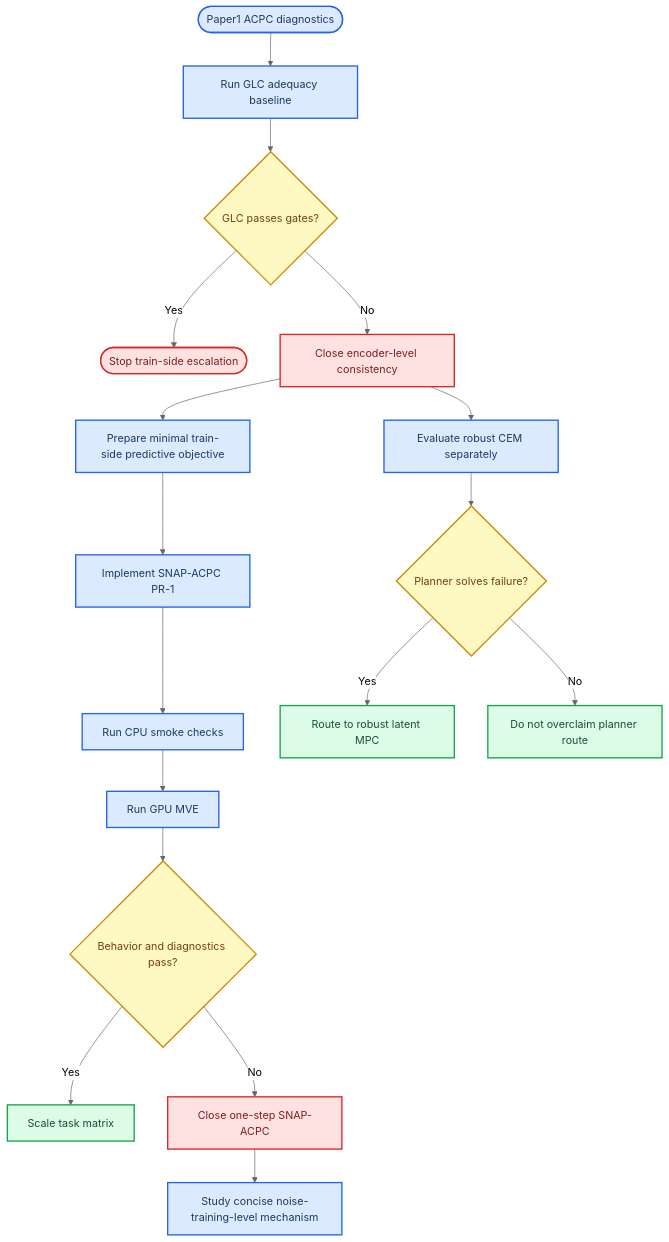
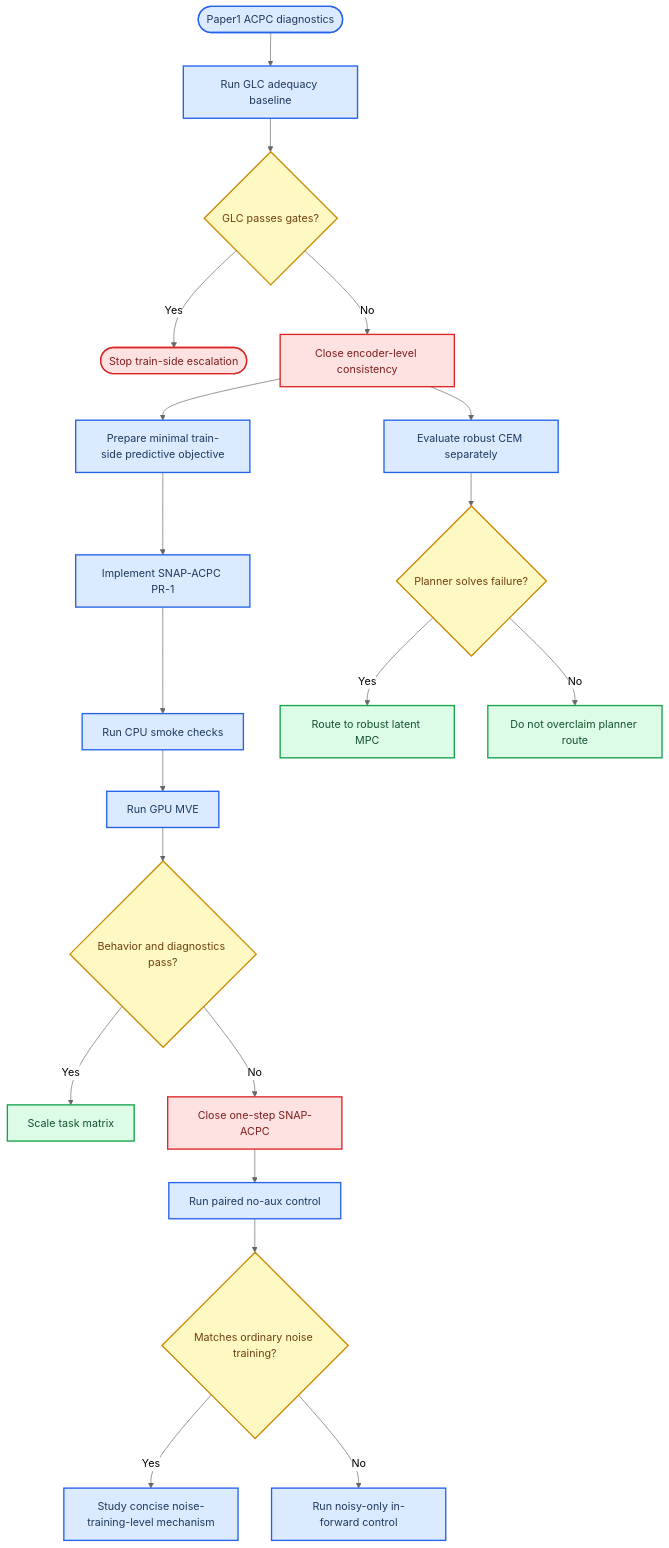
Before and after one commit to Holosemantix/CairnLab: the diagram in paper2/PLAN.md, drawn with Mermaid (neutral theme). The commit also changed other lines of this file and 6 other files, not shown here.

Commit message:
add in-forward noise control

````diff
--- a/paper2/PLAN.md
+++ b/paper2/PLAN.md
@@ -164,35 +206,38 @@
 ```mermaid
 flowchart TB
     accTitle: Paper2 Method Gate
     accDescr: Decision flow from Paper1 diagnostics through GLC closure into train-side and planner-side Paper2 candidates
 
     paper1_diag([Paper1 ACPC diagnostics]) --> glc_baseline[Run GLC adequacy baseline]
     glc_baseline --> glc_gate{GLC passes gates?}
     glc_gate -->|Yes| stop_encoder([Stop train-side escalation])
     glc_gate -->|No| close_glc[Close encoder-level consistency]
 
     close_glc --> train_side[Prepare minimal train-side predictive objective]
     close_glc --> planner_side[Evaluate robust CEM separately]
 
     train_side --> snap_pr1[Implement SNAP-ACPC PR-1]
     snap_pr1 --> cpu_smoke[Run CPU smoke checks]
     cpu_smoke --> gpu_mve[Run GPU MVE]
     gpu_mve --> final_gate{Behavior and diagnostics pass?}
 
     final_gate -->|Yes| scale_tasks[Scale task matrix]
     final_gate -->|No| close_snap[Close one-step SNAP-ACPC]
-    close_snap --> next_hypothesis[Study concise noise-training-level mechanism]
+    close_snap --> paired_noaux[Run paired no-aux control]
+    paired_noaux --> paired_gate{Matches ordinary noise training?}
+    paired_gate -->|Yes| next_hypothesis[Study concise noise-training-level mechanism]
+    paired_gate -->|No| noisy_forward[Run noisy-only in-forward control]
     planner_side --> planner_gate{Planner solves failure?}
     planner_gate -->|Yes| robust_mpc[Route to robust latent MPC]
     planner_gate -->|No| train_priority[Do not overclaim planner route]
 
     classDef evidence fill:#dbeafe,stroke:#2563eb,stroke-width:2px,color:#1e3a5f
     classDef decision fill:#fef9c3,stroke:#ca8a04,stroke-width:2px,color:#713f12
     classDef stop fill:#fee2e2,stroke:#dc2626,stroke-width:2px,color:#7f1d1d
     classDef success fill:#dcfce7,stroke:#16a34a,stroke-width:2px,color:#14532d
 
-    class paper1_diag,glc_baseline,train_side,planner_side,snap_pr1,cpu_smoke,gpu_mve,next_hypothesis evidence
-    class glc_gate,final_gate,planner_gate decision
+    class paper1_diag,glc_baseline,train_side,planner_side,snap_pr1,cpu_smoke,gpu_mve,paired_noaux,next_hypothesis,noisy_forward evidence
+    class glc_gate,final_gate,paired_gate,planner_gate decision
     class stop_encoder,close_glc,close_snap stop
     class scale_tasks,robust_mpc,train_priority success
 ```
````
